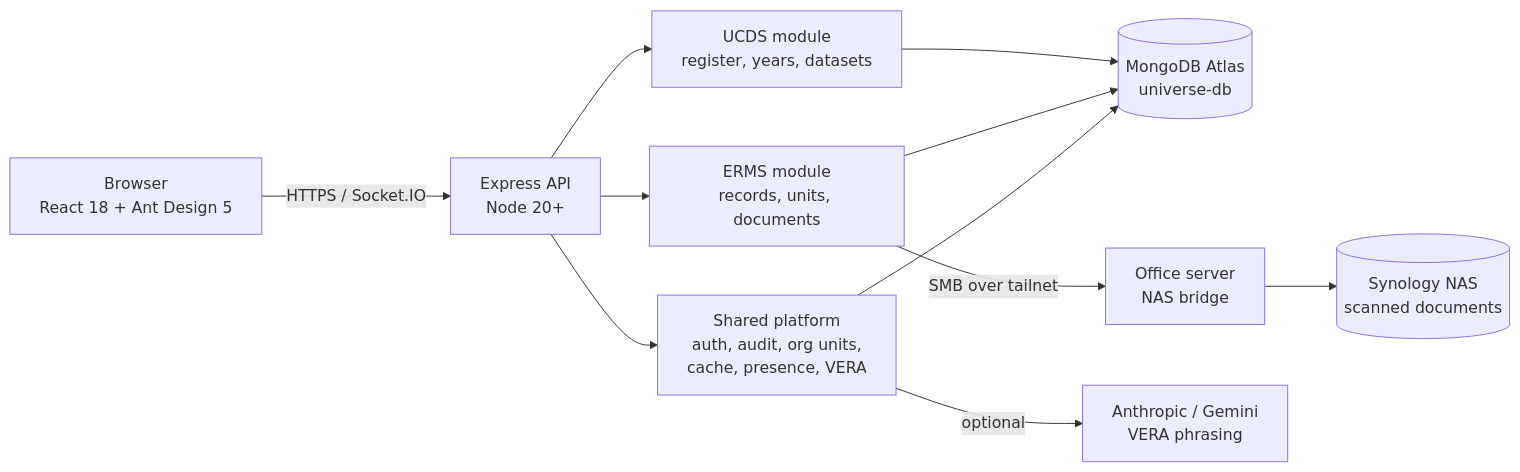
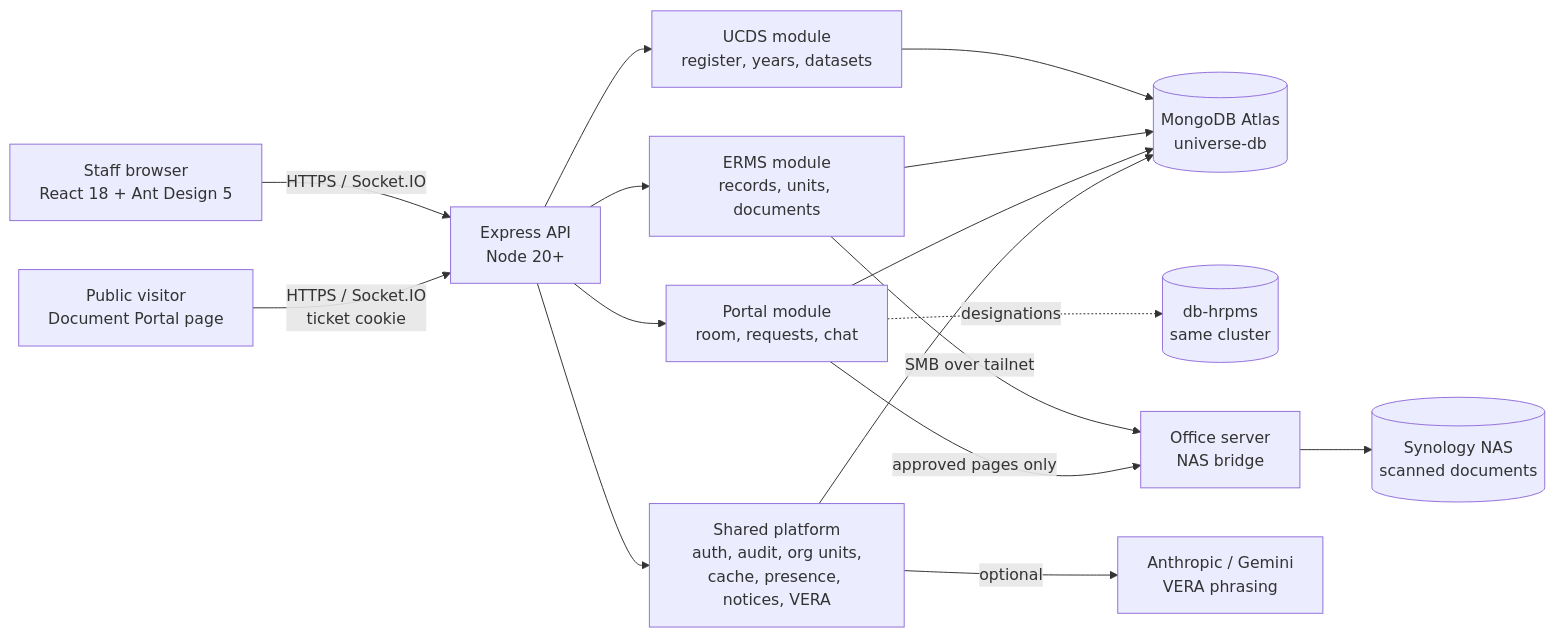
The diagram in README.md (fons-sabalbosajr/embr3-ucds), drawn with Mermaid before and after one commit. The commit also changed other lines of this file and 192 other files, not shown here.

````diff
--- a/README.md
+++ b/README.md
@@ -65,12 +104,17 @@
 ```mermaid
 flowchart LR
-  B[Browser<br/>React 18 + Ant Design 5] -->|HTTPS / Socket.IO| API[Express API<br/>Node 20+]
+  B[Staff browser<br/>React 18 + Ant Design 5] -->|HTTPS / Socket.IO| API[Express API<br/>Node 20+]
+  P[Public visitor<br/>Document Portal page] -->|HTTPS / Socket.IO<br/>ticket cookie| API
   API --> UCDS[UCDS module<br/>register, years, datasets]
   API --> ERMS[ERMS module<br/>records, units, documents]
-  API --> SH[Shared platform<br/>auth, audit, org units,<br/>cache, presence, VERA]
+  API --> PORTAL[Portal module<br/>room, requests, chat]
+  API --> SH[Shared platform<br/>auth, audit, org units,<br/>cache, presence, notices, VERA]
   UCDS --> DB[(MongoDB Atlas<br/>universe-db)]
   ERMS --> DB
+  PORTAL --> DB
   SH --> DB
+  PORTAL -.designations.-> HR[(db-hrpms<br/>same cluster)]
   ERMS -->|SMB over tailnet| BR[Office server<br/>NAS bridge] --> NAS[(Synology NAS<br/>scanned documents)]
+  PORTAL -->|approved pages only| BR
   SH -->|optional| LLM[Anthropic / Gemini<br/>VERA phrasing]
 ```
````
